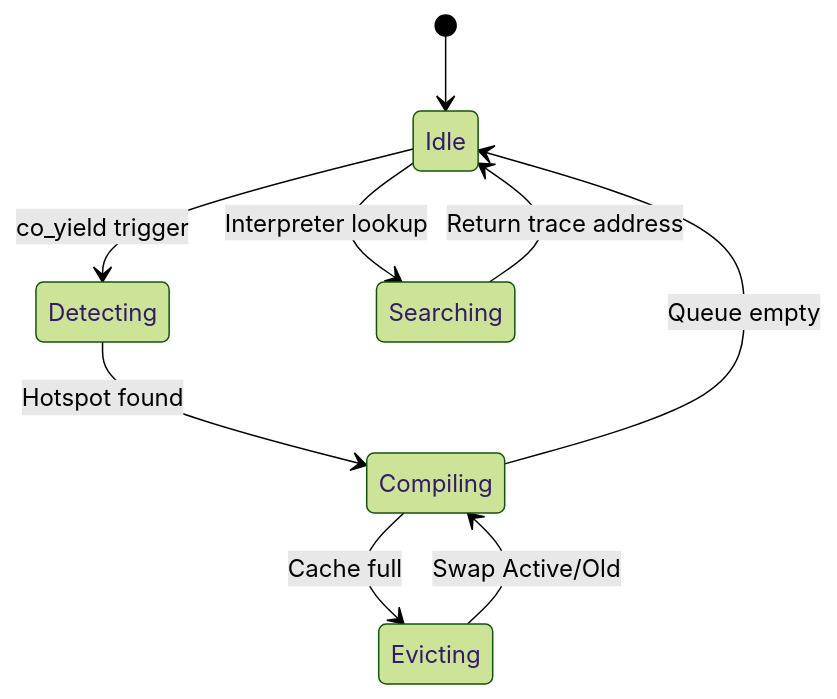
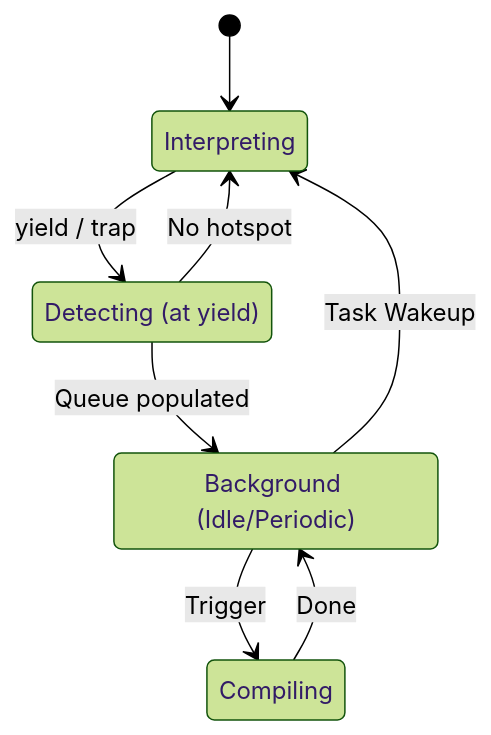
The second of 3 diagrams in docs/orders/components/jit_compiler.md (kmt-t/fireball), drawn with Mermaid (forest theme) before and after one commit. The commit also changed other lines of this file and 3 other files, not shown here.

````diff
--- a/docs/orders/components/jit_compiler.md
+++ b/docs/orders/components/jit_compiler.md
@@ -117,11 +118,15 @@
 ```mermaid
 stateDiagram-v2
-    [*] --> Idle
-    Idle --> Detecting: co_yield trigger
-    Detecting --> Compiling: Hotspot found
-    Compiling --> Idle: Queue empty
-    Compiling --> Evicting: Cache full
-    Evicting --> Compiling: Swap Active/Old
-    Idle --> Searching: Interpreter lookup
-    Searching --> Idle: Return trace address
+    state "Interpreting" as Interp
+    state "Detecting (at yield)" as Detect
+    state "Background (Idle/Periodic)" as Background
+    state "Compiling" as Compile
+
+    [*] --> Interp
+    Interp --> Detect: yield / trap
+    Detect --> Background: Queue populated
+    Detect --> Interp: No hotspot
+    Background --> Compile: Trigger
+    Compile --> Background: Done
+    Background --> Interp: Task Wakeup
 ```
````
